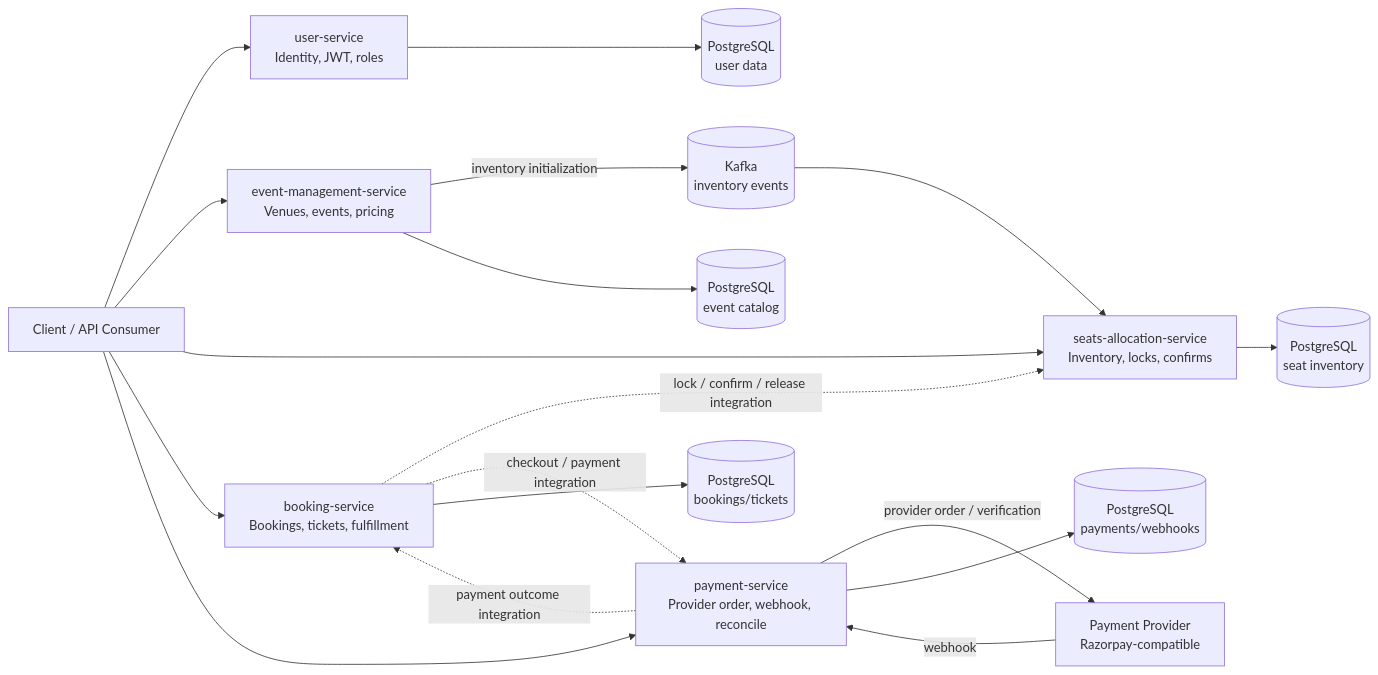
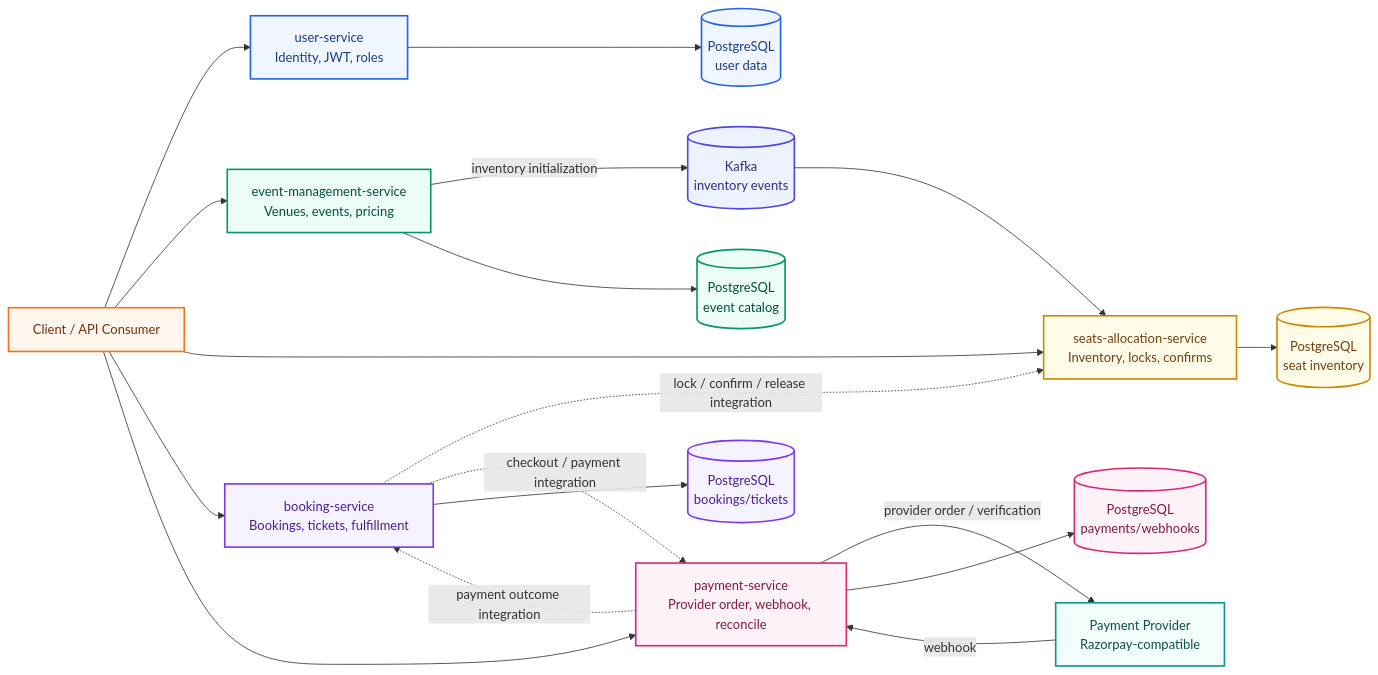
Before and after one commit to AbhinavMantri/ticketmaster-capstone: the diagram in README.md, drawn with Mermaid.

Commit message:
Style architecture diagram

````diff
--- a/README.md
+++ b/README.md
@@ -11,39 +11,57 @@
 ```mermaid
 flowchart LR
     client["Client / API Consumer"]
 
     user["user-service<br/>Identity, JWT, roles"]
     event["event-management-service<br/>Venues, events, pricing"]
     seats["seats-allocation-service<br/>Inventory, locks, confirms"]
     booking["booking-service<br/>Bookings, tickets, fulfillment"]
     payment["payment-service<br/>Provider order, webhook, reconcile"]
 
     kafka[("Kafka<br/>inventory events")]
     userdb[("PostgreSQL<br/>user data")]
     eventdb[("PostgreSQL<br/>event catalog")]
     seatsdb[("PostgreSQL<br/>seat inventory")]
     bookingdb[("PostgreSQL<br/>bookings/tickets")]
     paymentdb[("PostgreSQL<br/>payments/webhooks")]
     provider["Payment Provider<br/>Razorpay-compatible"]
 
     client --> user
     client --> event
     client --> seats
     client --> booking
     client --> payment
 
     event -- "inventory initialization" --> kafka
     kafka --> seats
 
     booking -. "lock / confirm / release integration" .-> seats
     booking -. "checkout / payment integration" .-> payment
     payment -- "provider order / verification" --> provider
     provider -- "webhook" --> payment
     payment -. "payment outcome integration" .-> booking
 
     user --> userdb
     event --> eventdb
     seats --> seatsdb
     booking --> bookingdb
     payment --> paymentdb
+
+    classDef clientNode fill:#fff7ed,stroke:#f97316,stroke-width:2px,color:#7c2d12;
+    classDef identityNode fill:#eff6ff,stroke:#2563eb,stroke-width:2px,color:#1e3a8a;
+    classDef catalogNode fill:#ecfdf5,stroke:#059669,stroke-width:2px,color:#064e3b;
+    classDef inventoryNode fill:#fefce8,stroke:#ca8a04,stroke-width:2px,color:#713f12;
+    classDef fulfillmentNode fill:#f5f3ff,stroke:#7c3aed,stroke-width:2px,color:#4c1d95;
+    classDef paymentNode fill:#fdf2f8,stroke:#db2777,stroke-width:2px,color:#831843;
+    classDef streamNode fill:#eef2ff,stroke:#4f46e5,stroke-width:2px,color:#312e81;
+    classDef externalNode fill:#f0fdfa,stroke:#0d9488,stroke-width:2px,color:#134e4a;
+
+    class client clientNode;
+    class user,userdb identityNode;
+    class event,eventdb catalogNode;
+    class seats,seatsdb inventoryNode;
+    class booking,bookingdb fulfillmentNode;
+    class payment,paymentdb paymentNode;
+    class kafka streamNode;
+    class provider externalNode;
 ```
````
